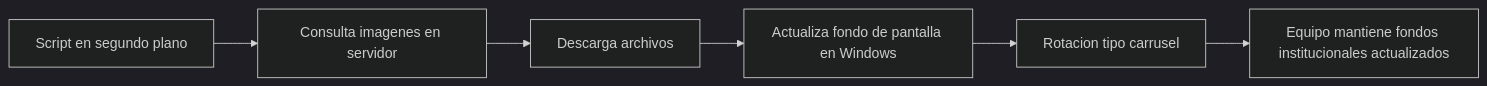
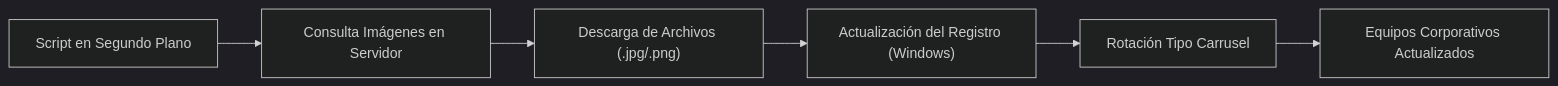
Before and after one commit to claudux/python-business-automation-scripts: the fourth of 4 diagrams in README.md, drawn with Mermaid (dark theme). The commit also changed other lines of this file, not shown here.

````diff
--- a/README.md
+++ b/README.md
@@ -72,8 +71,8 @@
 ```mermaid
 flowchart LR
-    A[Script en segundo plano] --> B[Consulta imagenes en servidor]
-    B --> C[Descarga archivos]
-    C --> D[Actualiza fondo de pantalla en Windows]
-    D --> E[Rotacion tipo carrusel]
-    E --> F[Equipo mantiene fondos institucionales actualizados]
+    A["Script en Segundo Plano"] --> B["Consulta Imágenes en Servidor"]
+    B --> C["Descarga de Archivos (.jpg/.png)"]
+    C --> D["Actualización del Registro (Windows)"]
+    D --> E["Rotación Tipo Carrusel"]
+    E --> F["Equipos Corporativos Actualizados"]
 ```
````
